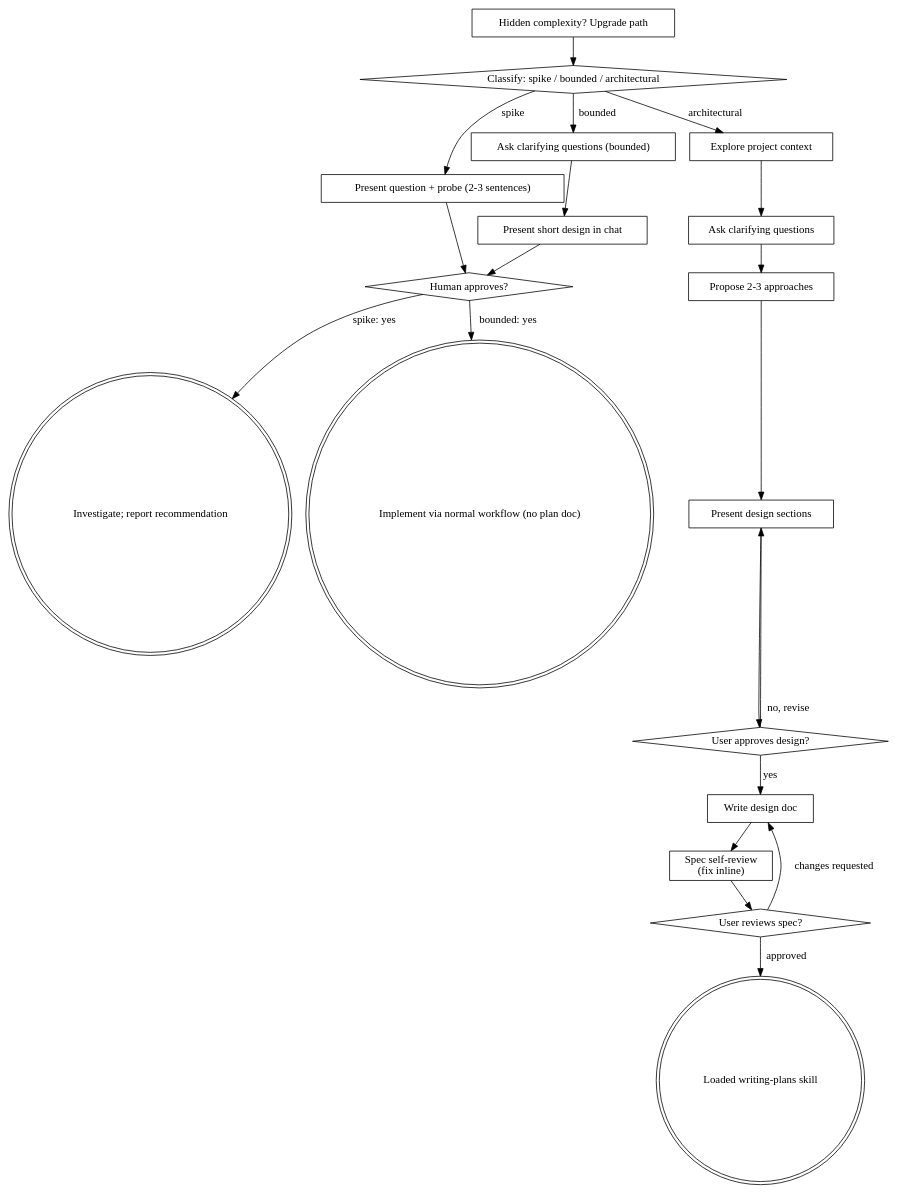
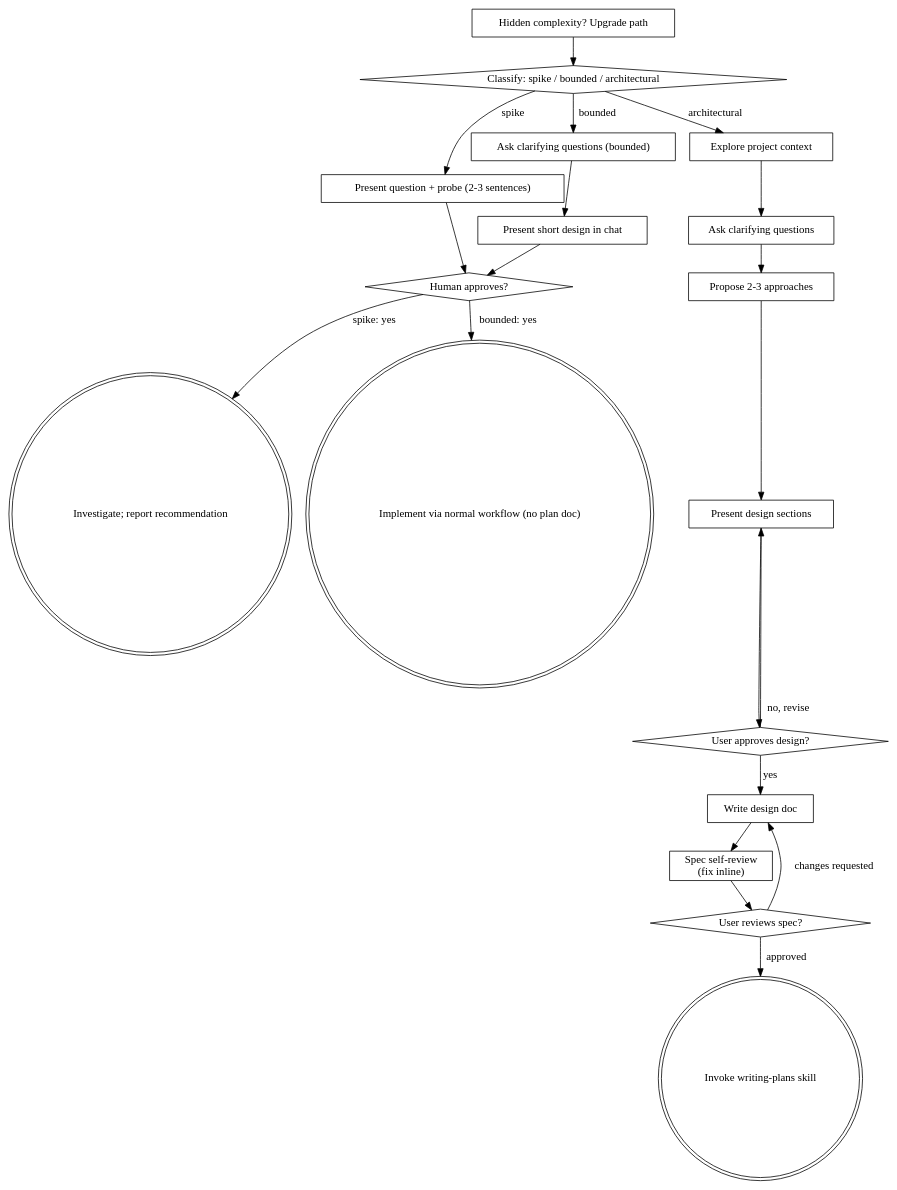
The diagram in brain/agent_skills/superpowers-brainstorming/SKILL.md (ScoobyBaby1999/doomalay), drawn with Graphviz before and after one commit. The commit also changed other lines of this file and 62 other files, not shown here.

````diff
--- a/brain/agent_skills/superpowers-brainstorming/SKILL.md
+++ b/brain/agent_skills/superpowers-brainstorming/SKILL.md
@@ -142,41 +142,41 @@
 ```dot
 digraph brainstorming {
     "Classify: spike / bounded / architectural" [shape=diamond];
     "Present question + probe (2-3 sentences)" [shape=box];
     "Ask clarifying questions (bounded)" [shape=box];
     "Present short design in chat" [shape=box];
     "Human approves?" [shape=diamond];
     "Investigate; report recommendation" [shape=doublecircle];
     "Implement via normal workflow (no plan doc)" [shape=doublecircle];
     "Explore project context" [shape=box];
     "Ask clarifying questions" [shape=box];
     "Propose 2-3 approaches" [shape=box];
     "Present design sections" [shape=box];
     "User approves design?" [shape=diamond];
     "Write design doc" [shape=box];
     "Spec self-review\n(fix inline)" [shape=box];
     "User reviews spec?" [shape=diamond];
-    "Loaded writing-plans skill" [shape=doublecircle];
+    "Invoke writing-plans skill" [shape=doublecircle];
     "Hidden complexity? Upgrade path" [shape=box];
 
     "Classify: spike / bounded / architectural" -> "Present question + probe (2-3 sentences)" [label="spike"];
     "Classify: spike / bounded / architectural" -> "Ask clarifying questions (bounded)" [label="bounded"];
     "Classify: spike / bounded / architectural" -> "Explore project context" [label="architectural"];
     "Present question + probe (2-3 sentences)" -> "Human approves?";
     "Ask clarifying questions (bounded)" -> "Present short design in chat";
     "Present short design in chat" -> "Human approves?";
     "Human approves?" -> "Investigate; report recommendation" [label="spike: yes"];
     "Human approves?" -> "Implement via normal workflow (no plan doc)" [label="bounded: yes"];
     "Hidden complexity? Upgrade path" -> "Classify: spike / bounded / architectural";
     "Explore project context" -> "Ask clarifying questions";
     "Ask clarifying questions" -> "Propose 2-3 approaches";
     "Propose 2-3 approaches" -> "Present design sections";
     "Present design sections" -> "User approves design?";
     "User approves design?" -> "Present design sections" [label="no, revise"];
     "User approves design?" -> "Write design doc" [label="yes"];
     "Write design doc" -> "Spec self-review\n(fix inline)";
     "Spec self-review\n(fix inline)" -> "User reviews spec?";
     "User reviews spec?" -> "Write design doc" [label="changes requested"];
-    "User reviews spec?" -> "Loaded writing-plans skill" [label="approved"];
+    "User reviews spec?" -> "Invoke writing-plans skill" [label="approved"];
 }
 ```
````
